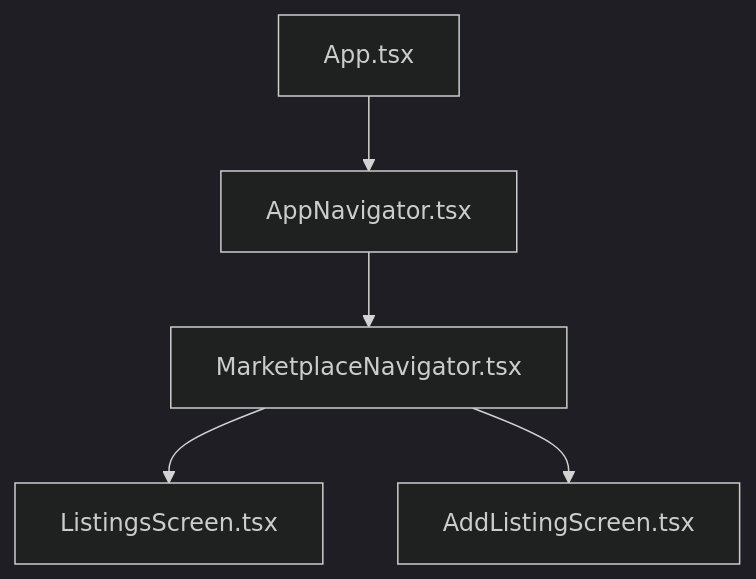
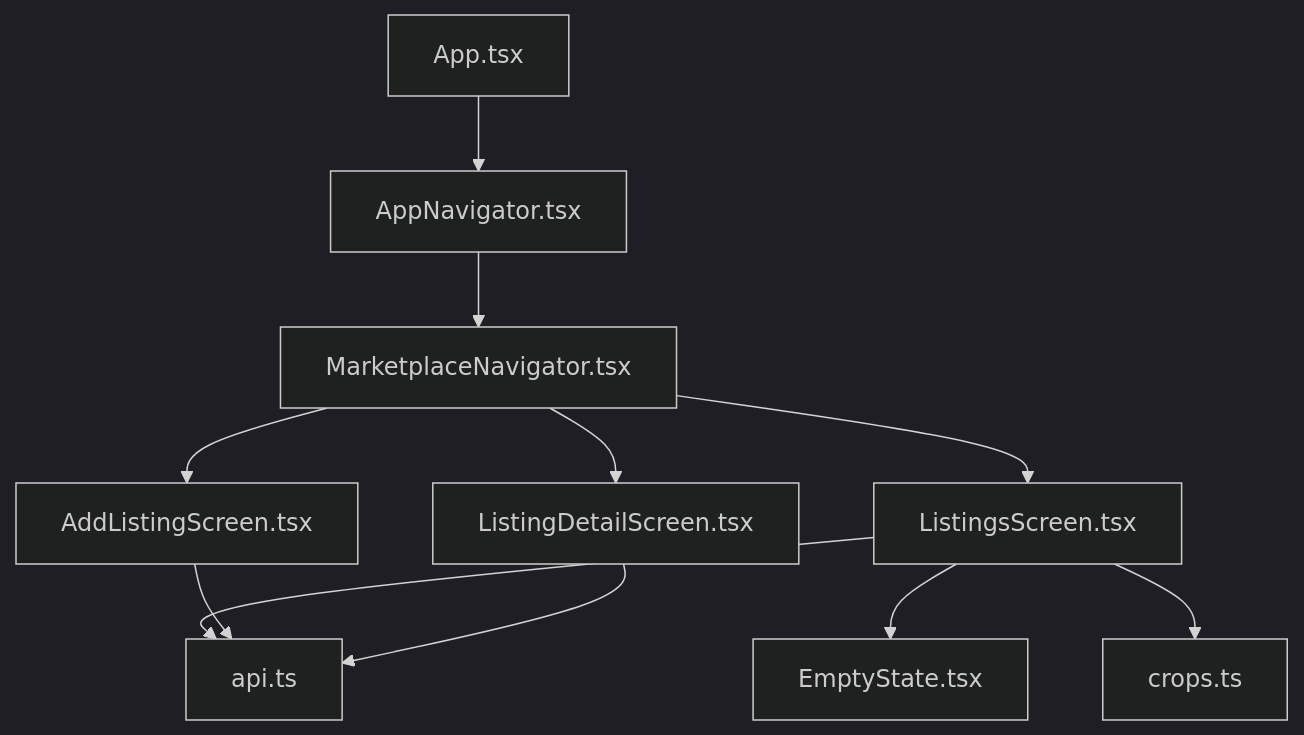
One commit to Aiman-Naeem/KisaanDost_AI_hackathon_Pakistan changed the first of 4 diagrams in .qoder/repowiki/en/content/Marketplace Feature/Listings Screen.md. Above: the diagram before and after it, drawn with Mermaid (dark theme). The commit also changed other lines of this file and 42 other files, not shown here.

Commit message:
Day 2: farmer identity persistence, voice UX polish, listing detail/edit/call, shared design system, QA pass

````diff
--- a/.qoder/repowiki/en/content/Marketplace Feature/Listings Screen.md
+++ b/.qoder/repowiki/en/content/Marketplace Feature/Listings Screen.md
@@ -32,7 +50,13 @@
 ```mermaid
 graph TB
 A["App.tsx"] --> B["AppNavigator.tsx"]
 B --> C["MarketplaceNavigator.tsx"]
 C --> D["ListingsScreen.tsx"]
 C --> E["AddListingScreen.tsx"]
+C --> F["ListingDetailScreen.tsx"]
+D --> G["api.ts"]
+E --> G
+F --> G
+D --> H["EmptyState.tsx"]
+D --> I["crops.ts"]
 ```
````
